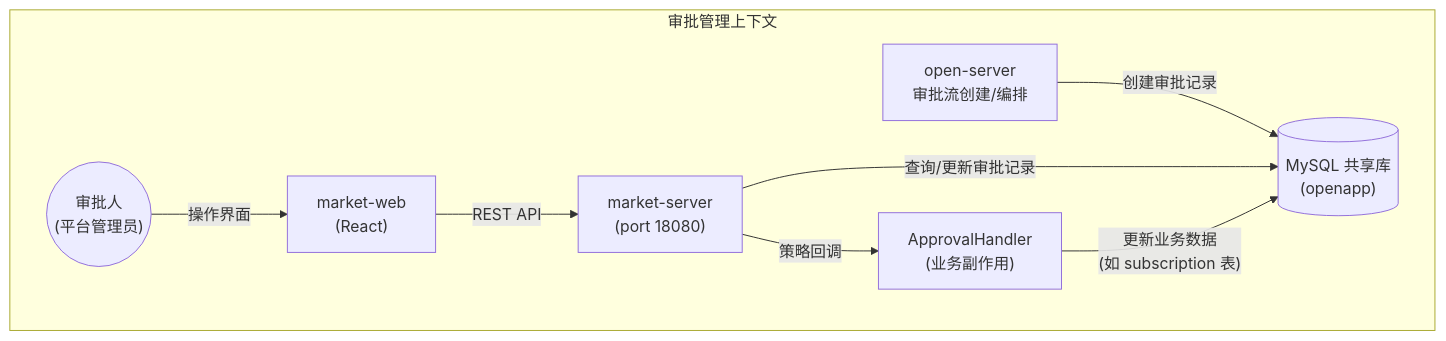
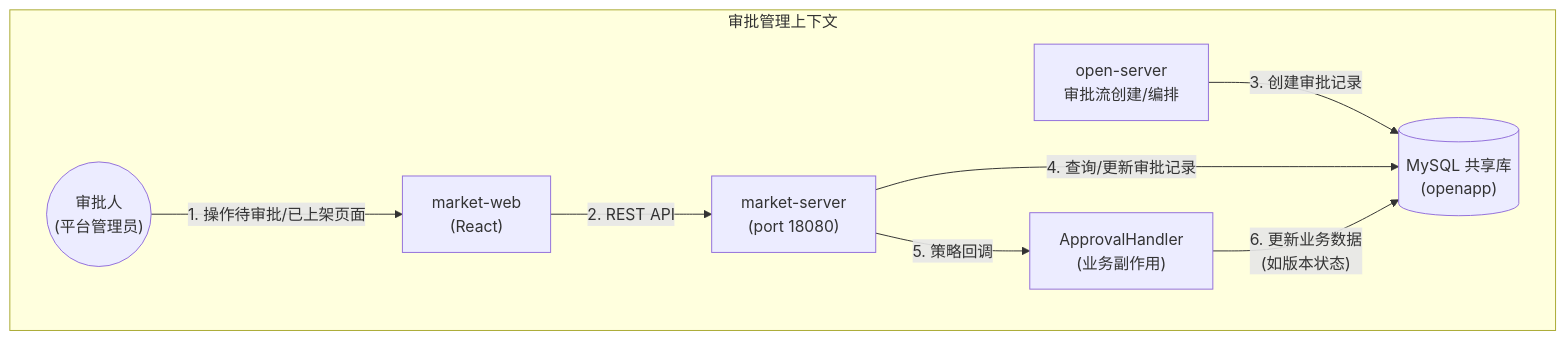
One commit to THZSummer/open-app changed the first of 8 diagrams in docs/market-server/approval-management-requirement.md. Above: the diagram before and after it, drawn with Mermaid. The commit also changed other lines of this file and 1 other file, not shown here.

````diff
--- a/docs/market-server/approval-management-requirement.md
+++ b/docs/market-server/approval-management-requirement.md
@@ -79,18 +86,18 @@
 ```mermaid
 graph TB
     subgraph 审批管理上下文
         approver(("审批人<br/>(平台管理员)"))
         market_web["market-web<br/>(React)"]
         market_server["market-server<br/>(port 18080)"]
         open_server["open-server<br/>审批流创建/编排"]
         handler["ApprovalHandler<br/>(业务副作用)"]
         mysql[("MySQL 共享库<br/>(openapp)")]
     end
 
-    approver -- "操作界面" --> market_web
-    market_web -- "REST API" --> market_server
-    open_server -- "创建审批记录" --> mysql
-    market_server -- "查询/更新审批记录" --> mysql
-    market_server -- "策略回调" --> handler
-    handler -- "更新业务数据<br/>(如 subscription 表)" --> mysql
+    approver -- "1. 操作待审批/已上架页面" --> market_web
+    market_web -- "2. REST API" --> market_server
+    open_server -- "3. 创建审批记录" --> mysql
+    market_server -- "4. 查询/更新审批记录" --> mysql
+    market_server -- "5. 策略回调" --> handler
+    handler -- "6. 更新业务数据<br/>(如版本状态)" --> mysql
 ```
````
